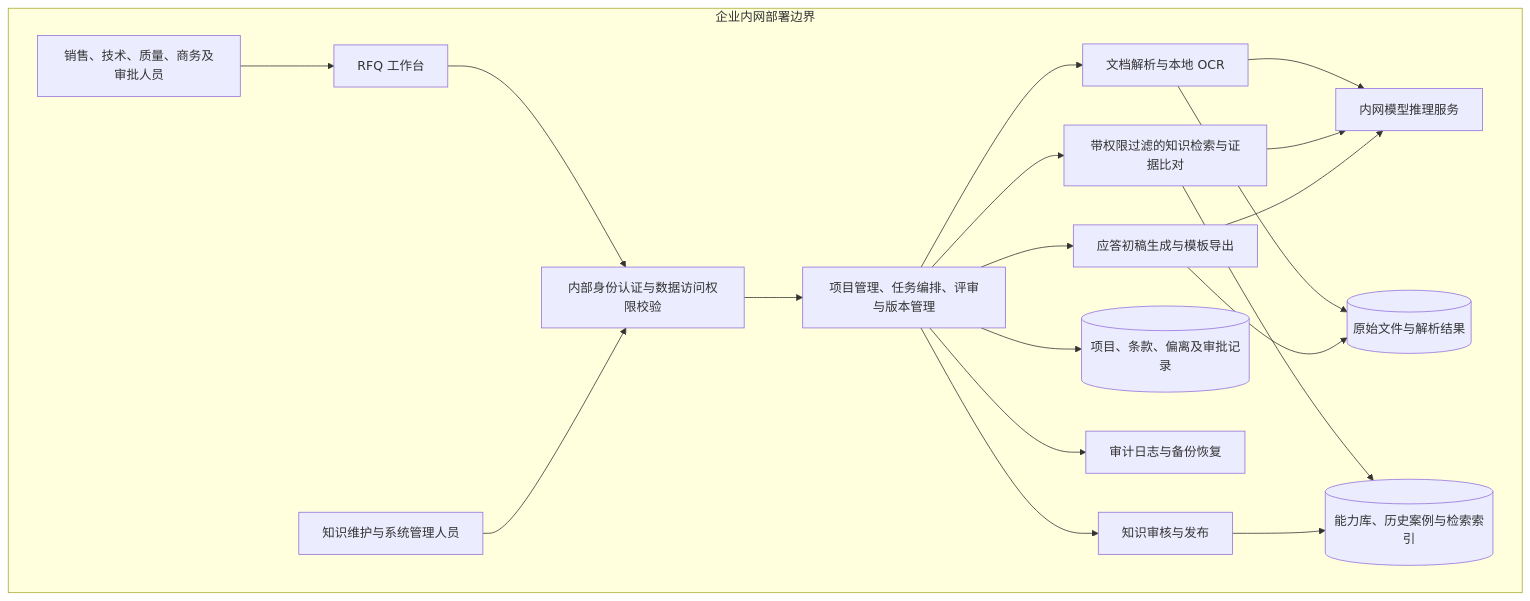
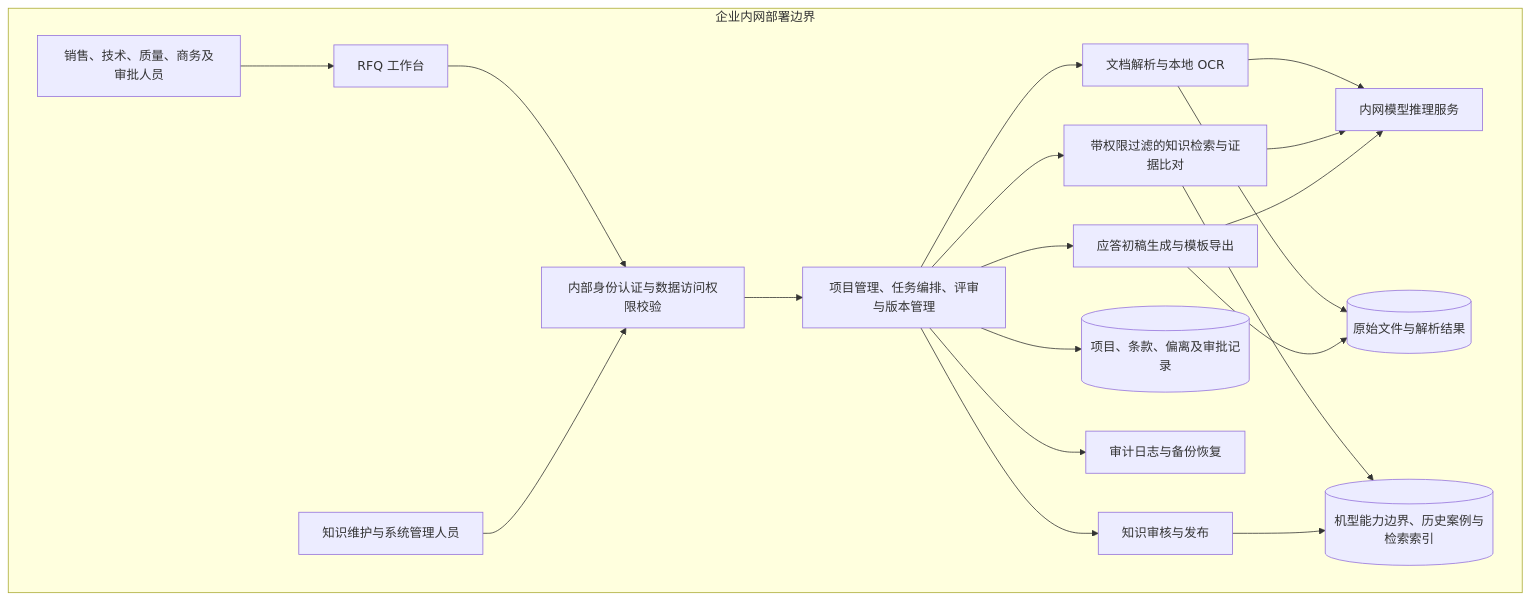
The fourth of 4 diagrams in FEP销售RFQ提效Agent_PRD_v0.2.md (mingming11115/fep-rfq-agent), drawn with Mermaid before and after one commit. The commit also changed other lines of this file and 26 other files, not shown here.

````diff
--- a/FEP销售RFQ提效Agent_PRD_v0.2.md
+++ b/FEP销售RFQ提效Agent_PRD_v0.2.md
@@ -691,22 +959,22 @@
 ```mermaid
 flowchart TB
     subgraph INTRANET["企业内网部署边界"]
         U["销售、技术、质量、商务及审批人员"] --> UI["RFQ 工作台"]
         UI --> AUTH["内部身份认证与数据访问权限校验"]
         AUTH --> APP["项目管理、任务编排、评审与版本管理"]
         APP --> PARSE["文档解析与本地 OCR"]
         APP --> RET["带权限过滤的知识检索与证据比对"]
         APP --> GEN["应答初稿生成与模板导出"]
         PARSE --> MODEL["内网模型推理服务"]
         RET --> MODEL
         GEN --> MODEL
         PARSE --> FILES[("原始文件与解析结果")]
-        RET --> KB[("能力库、历史案例与检索索引")]
+        RET --> KB[("机型能力边界、历史案例与检索索引")]
         GEN --> FILES
         APP --> DB[("项目、条款、偏离及审批记录")]
         APP --> AUDIT["审计日志与备份恢复"]
         ADMIN["知识维护与系统管理人员"] --> AUTH
         APP --> REVIEW["知识审核与发布"]
         REVIEW --> KB
     end
 ```
````
